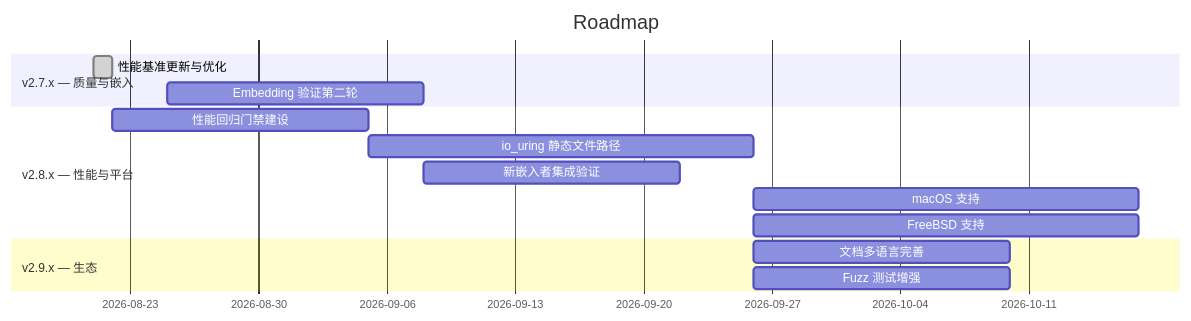
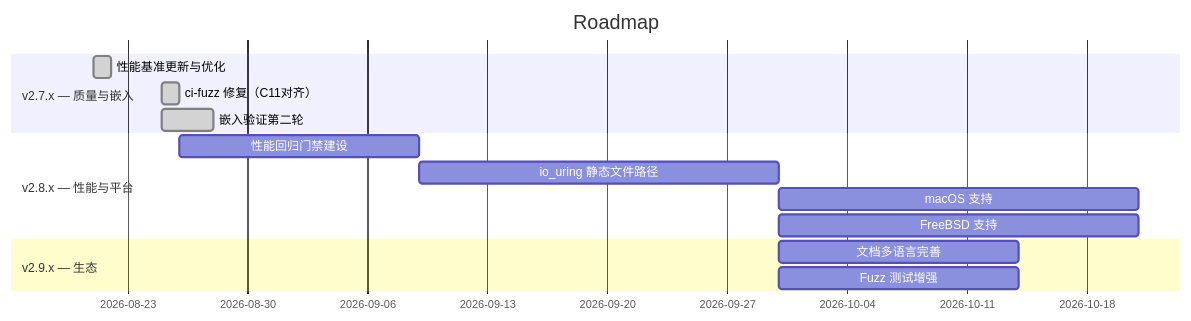
The diagram in brain/roadmap.md (adam-ikari/uvhttp), drawn with Mermaid before and after one commit. The commit also changed other lines of this file and 2 other files, not shown here.

First line of the commit message:
docs: roadmap update — v2.7.x items completed (#366)

````diff
--- a/brain/roadmap.md
+++ b/brain/roadmap.md
@@ -12,17 +12,17 @@
 ```mermaid
 gantt
   title Roadmap
   dateFormat YYYY-MM-DD
   section v2.7.x — 质量与嵌入
   性能基准更新与优化        :done, b1, 2026-08-21, 1d
-  Embedding 验证第二轮      :a3, 2026-08-25, 14d
+  ci-fuzz 修复（C11对齐）  :done, b1b, 2026-08-25, 1d
+  嵌入验证第二轮            :done, a3, 2026-08-25, 3d
   section v2.8.x — 性能与平台
-  性能回归门禁建设          :b0, after b1, 14d
+  性能回归门禁建设          :b0, after b1b, 14d
   io_uring 静态文件路径     :b2, after b0, 21d
-  新嵌入者集成验证          :b3, after a3, 14d
   macOS 支持               :c2, after b2, 21d
   FreeBSD 支持             :c3, after b2, 21d
   section v2.9.x — 生态
   文档多语言完善            :c1, after b2, 14d
   Fuzz 测试增强            :c4, after b2, 14d
 ```
````
